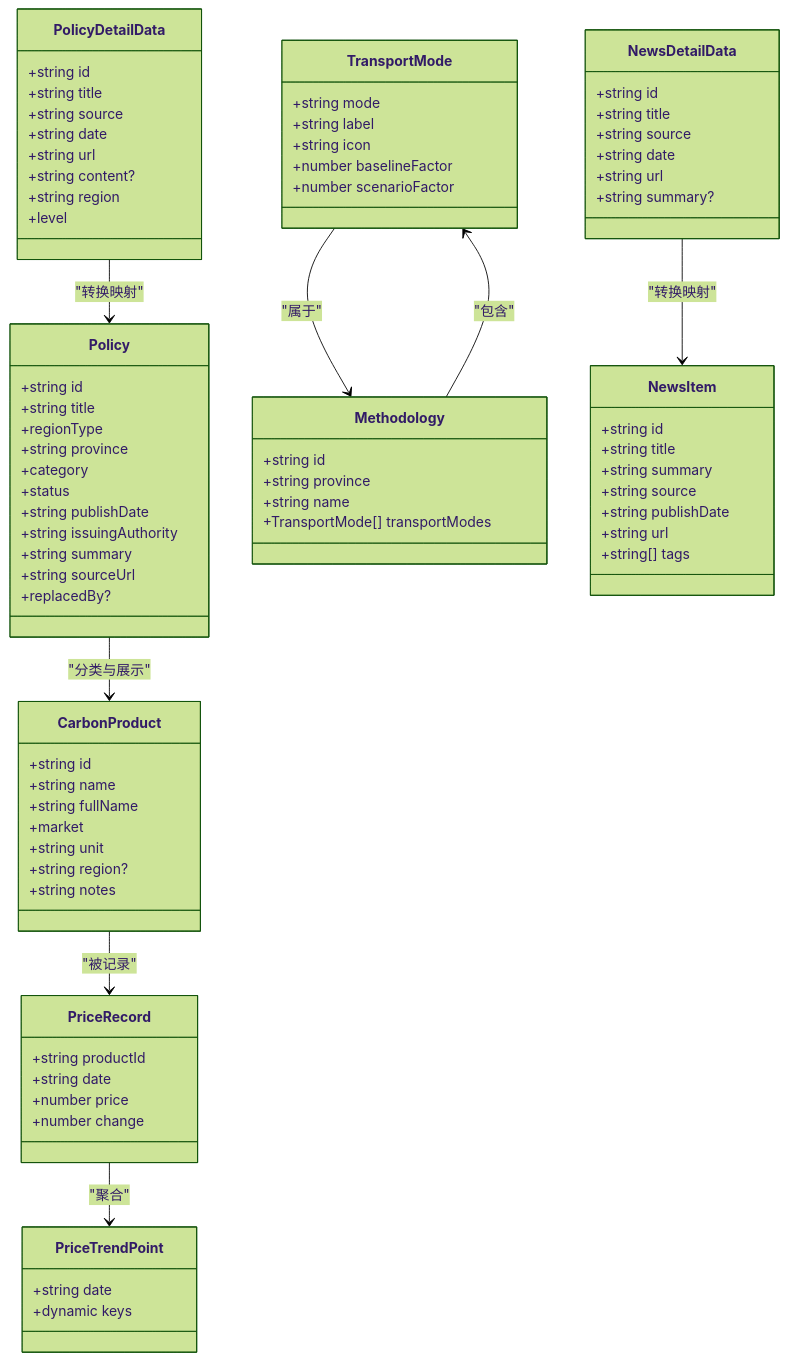
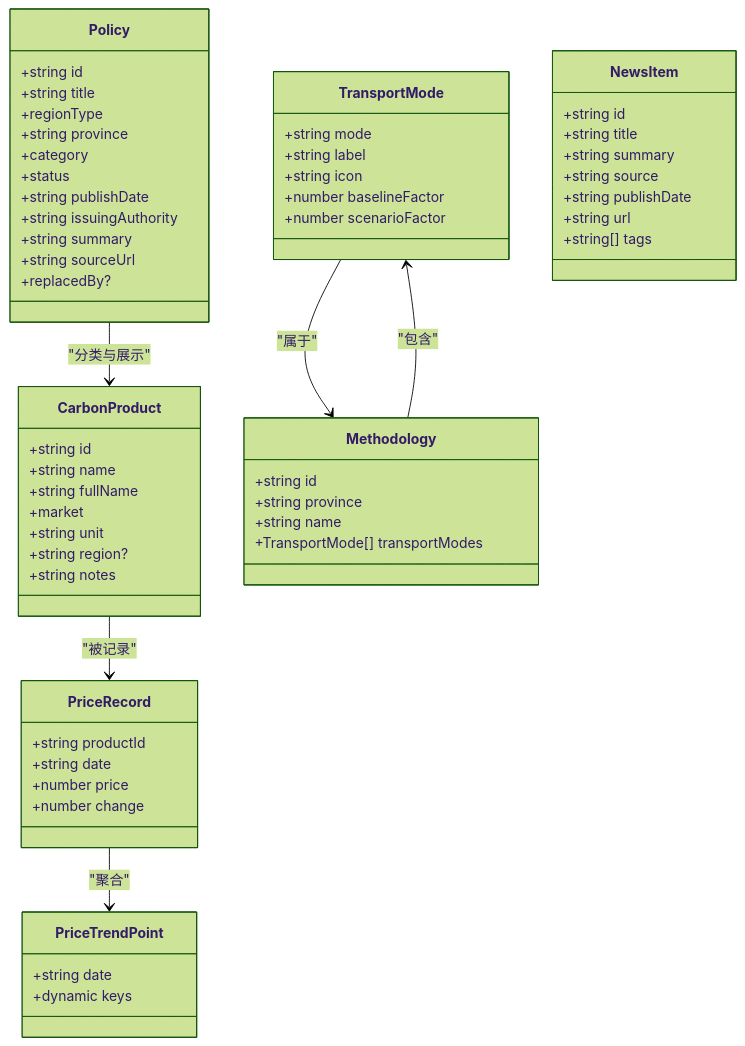
Before and after one commit to liangxuanliang-cmd/carbon-info-agent: the second of 6 diagrams in .qoder/repowiki/zh/content/数据管理/数据模型定义.md, drawn with Mermaid (forest theme). The commit also changed other lines of this file and 5 other files, not shown here.

````diff
--- a/.qoder/repowiki/zh/content/数据管理/数据模型定义.md
+++ b/.qoder/repowiki/zh/content/数据管理/数据模型定义.md
@@ -320,82 +272,62 @@
 ```mermaid
 classDiagram
-class PolicyDetailData {
-+string id
-+string title
-+string source
-+string date
-+string url
-+string content?
-+string region
-+level
-}
 class Policy {
 +string id
 +string title
 +regionType
 +string province
 +category
 +status
 +string publishDate
 +string issuingAuthority
 +string summary
 +string sourceUrl
 +replacedBy?
 }
 class CarbonProduct {
 +string id
 +string name
 +string fullName
 +market
 +string unit
 +string region?
 +string notes
 }
 class TransportMode {
 +string mode
 +string label
 +string icon
 +number baselineFactor
 +number scenarioFactor
 }
 class Methodology {
 +string id
 +string province
 +string name
 +TransportMode[] transportModes
 }
-class NewsDetailData {
-+string id
-+string title
-+string source
-+string date
-+string url
-+string summary?
-}
 class NewsItem {
 +string id
 +string title
 +string summary
 +string source
 +string publishDate
 +string url
 +string[] tags
 }
 class PriceRecord {
 +string productId
 +string date
 +number price
 +number change
 }
 class PriceTrendPoint {
 +string date
 +dynamic keys
 }
-PolicyDetailData --> Policy : "转换映射"
-NewsDetailData --> NewsItem : "转换映射"
 Policy --> CarbonProduct : "分类与展示"
 Methodology --> TransportMode : "包含"
 CarbonProduct --> PriceRecord : "被记录"
 PriceRecord --> PriceTrendPoint : "聚合"
 TransportMode --> Methodology : "属于"
 ```
````
